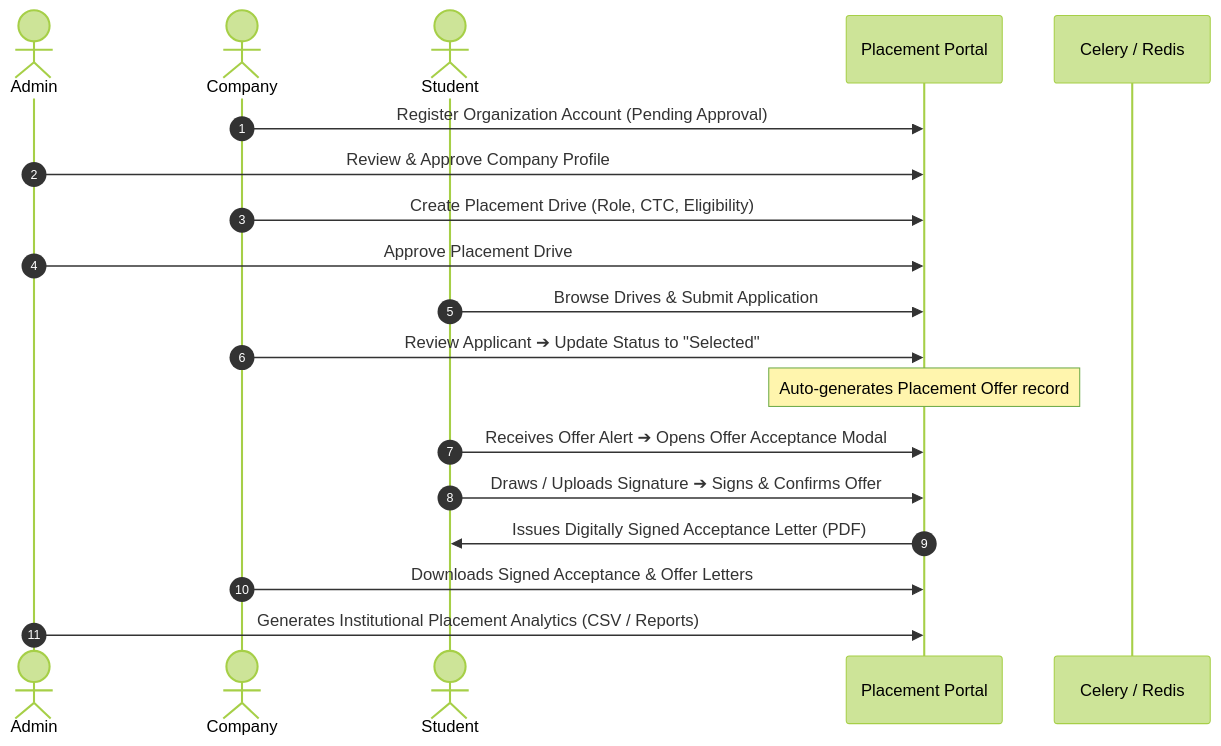
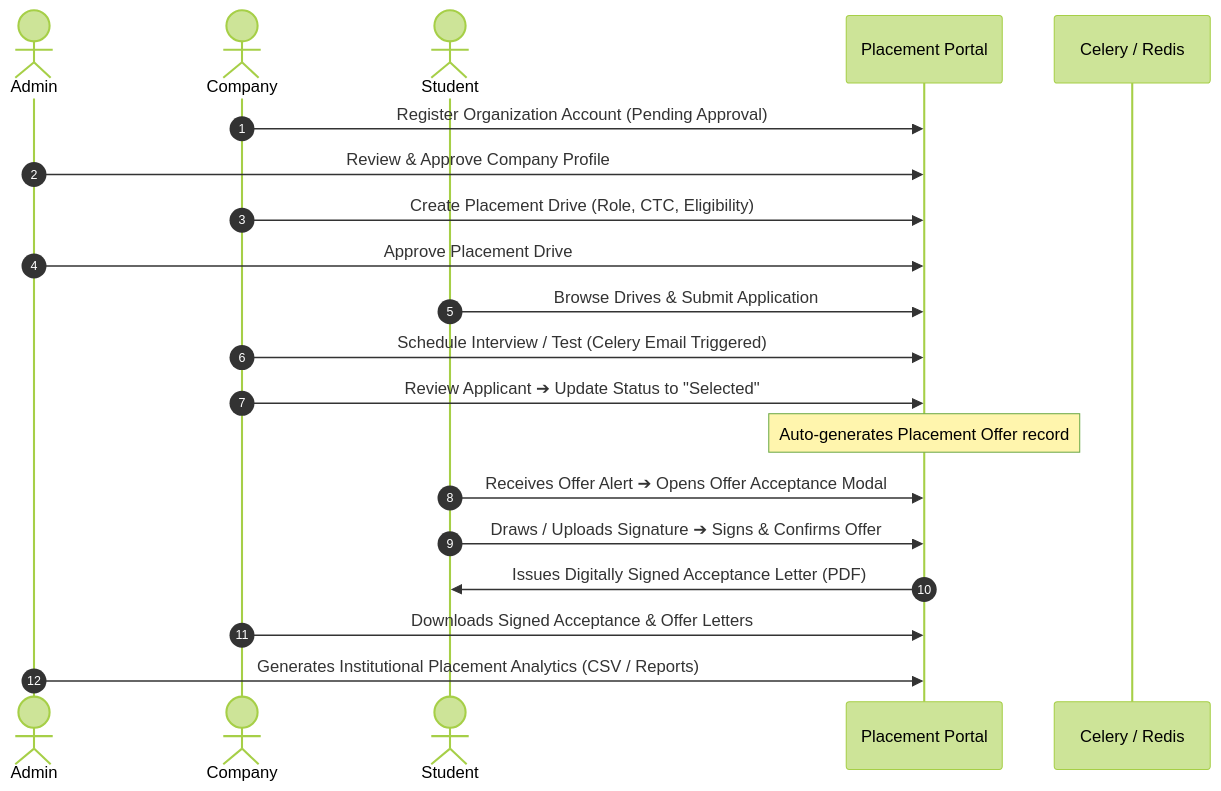
One commit to AnustupMaity/Placement_PORTAL_APP changed the diagram in README.md. Above: the diagram before and after it, drawn with Mermaid (forest theme). The commit also changed other lines of this file and 37 other files, not shown here.

````diff
--- a/README.md
+++ b/README.md
@@ -102,22 +90,23 @@
 ```mermaid
 sequenceDiagram
     autonumber
     actor Admin
     actor Company
     actor Student
     participant Portal as Placement Portal
     participant Worker as Celery / Redis
 
     Company->>Portal: Register Organization Account (Pending Approval)
     Admin->>Portal: Review & Approve Company Profile
     Company->>Portal: Create Placement Drive (Role, CTC, Eligibility)
     Admin->>Portal: Approve Placement Drive
     Student->>Portal: Browse Drives & Submit Application
+    Company->>Portal: Schedule Interview / Test (Celery Email Triggered)
     Company->>Portal: Review Applicant ➔ Update Status to "Selected"
     Note over Portal: Auto-generates Placement Offer record
     Student->>Portal: Receives Offer Alert ➔ Opens Offer Acceptance Modal
     Student->>Portal: Draws / Uploads Signature ➔ Signs & Confirms Offer
     Portal->>Student: Issues Digitally Signed Acceptance Letter (PDF)
     Company->>Portal: Downloads Signed Acceptance & Offer Letters
     Admin->>Portal: Generates Institutional Placement Analytics (CSV / Reports)
 ```
````
